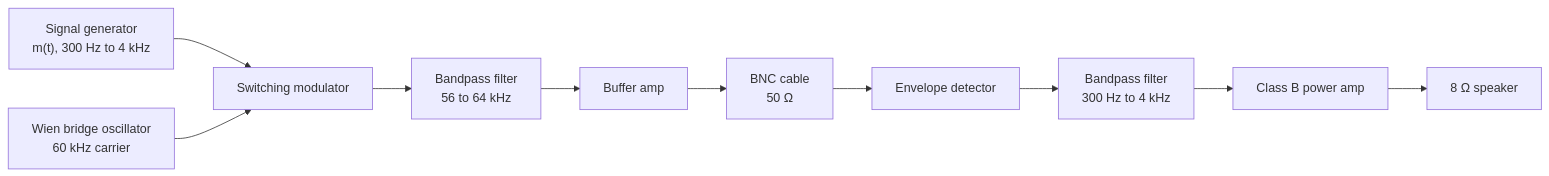
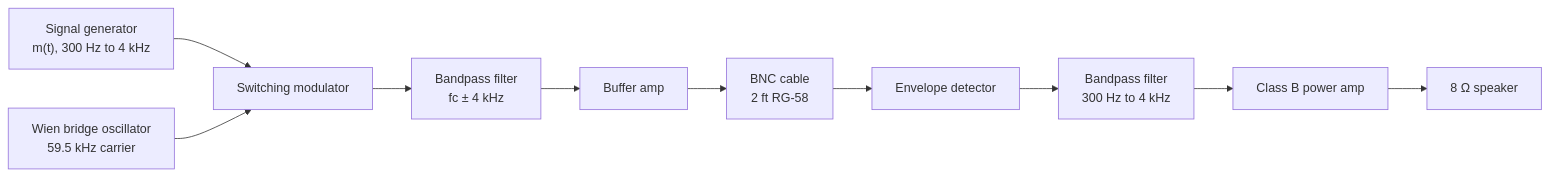
The diagram in README.md (Mike-zip/AM_Radio_Project), drawn with Mermaid before and after one commit. The commit also changed other lines of this file and 1 other file, not shown here.

````diff
--- a/README.md
+++ b/README.md
@@ -7,12 +7,12 @@
 ```mermaid
 flowchart LR
     SG["Signal generator<br/>m(t), 300 Hz to 4 kHz"] --> MOD["Switching modulator"]
-    OSC["Wien bridge oscillator<br/>60 kHz carrier"] --> MOD
-    MOD --> BPF["Bandpass filter<br/>56 to 64 kHz"]
+    OSC["Wien bridge oscillator<br/>59.5 kHz carrier"] --> MOD
+    MOD --> BPF["Bandpass filter<br/>fc ± 4 kHz"]
     BPF --> BUF["Buffer amp"]
-    BUF --> BNC["BNC cable<br/>50 Ω"]
+    BUF --> BNC["BNC cable<br/>2 ft RG-58"]
     BNC --> ENV["Envelope detector"]
     ENV --> RBPF["Bandpass filter<br/>300 Hz to 4 kHz"]
     RBPF --> PA["Class B power amp"]
     PA --> SPK["8 Ω speaker"]
 ```
````
